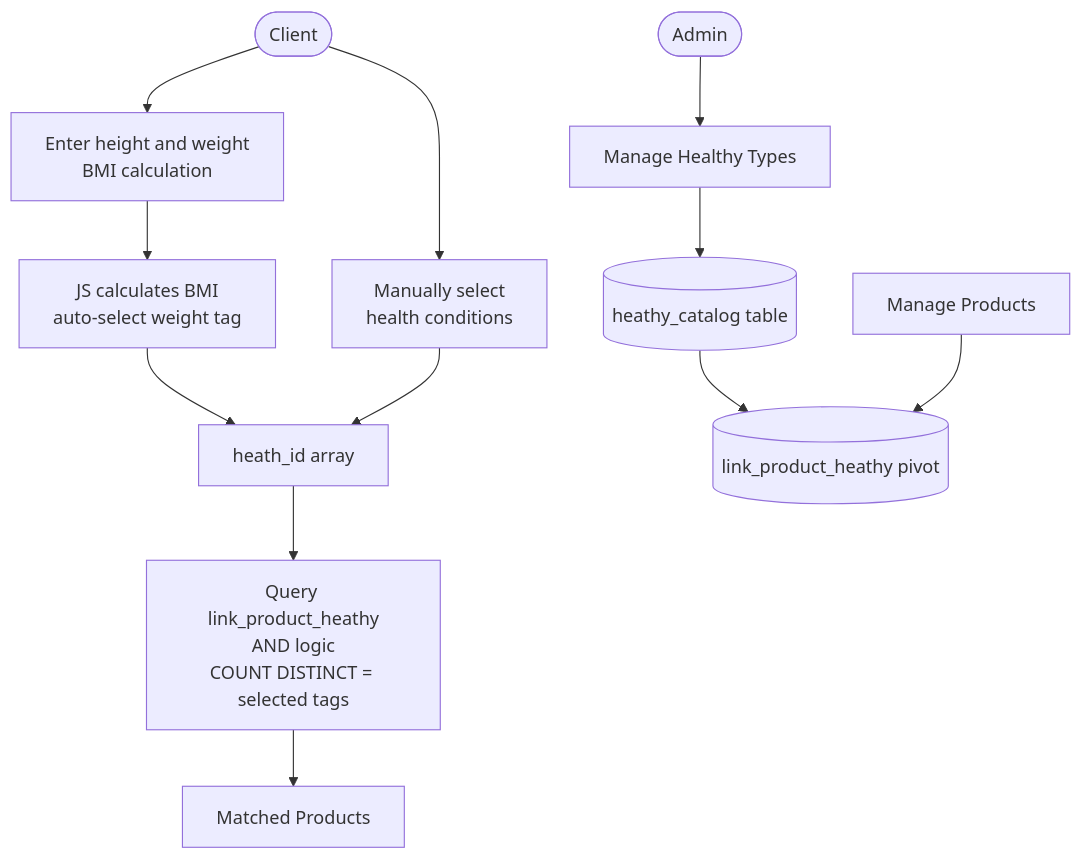
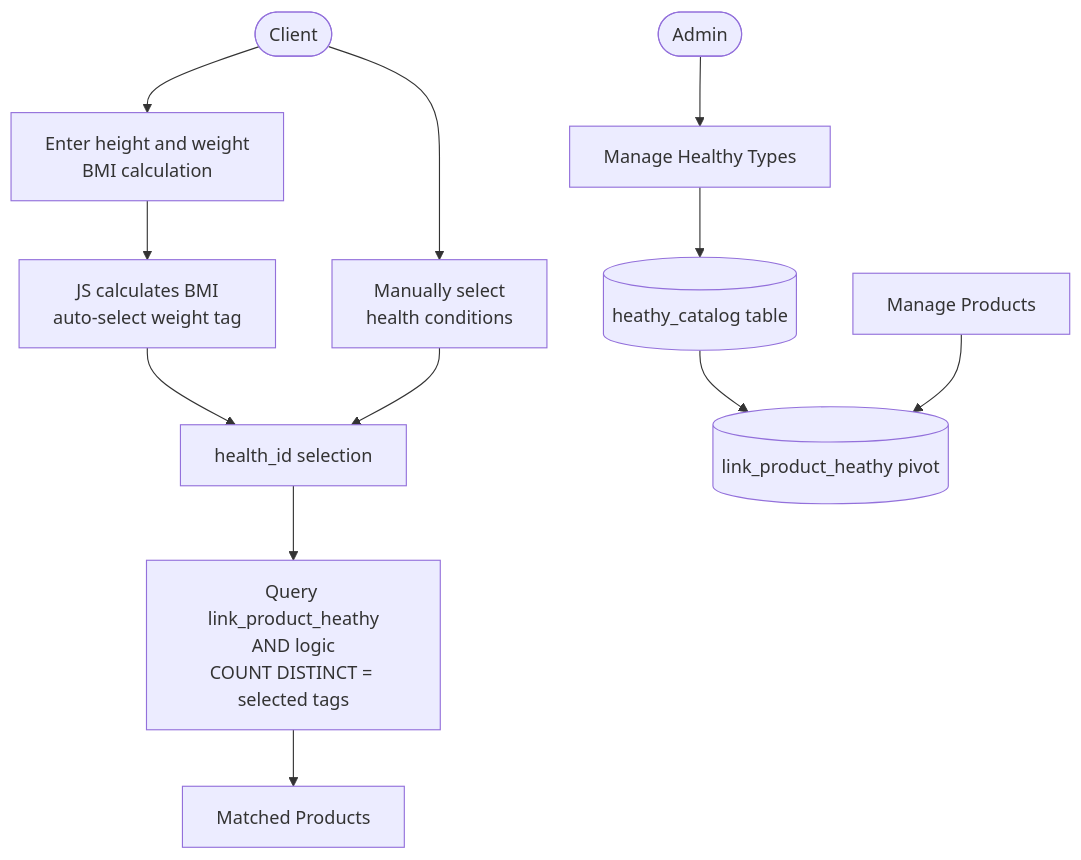
One commit to canhle1993/Bakerz-showcase changed the fifth of 8 diagrams in README.md. Above: the diagram before and after it, drawn with Mermaid. The commit also changed other lines of this file, not shown here.

````diff
--- a/README.md
+++ b/README.md
@@ -203,16 +231,16 @@
 ```mermaid
 flowchart TD
     CLIENT([Client]) --> BMI["Enter height and weight\nBMI calculation"]
     BMI --> BMI_CALC["JS calculates BMI\nauto-select weight tag"]
     CLIENT --> MANUAL["Manually select\nhealth conditions"]
-    BMI_CALC --> SELECT["heath_id array"]
+    BMI_CALC --> SELECT["health_id selection"]
     MANUAL --> SELECT
 
     SELECT --> QUERY["Query link_product_heathy\nAND logic\nCOUNT DISTINCT = selected tags"]
     QUERY --> RESULT["Matched Products"]
 
     ADMIN_H([Admin]) --> HEATHY_MGMT["Manage Healthy Types"]
     HEATHY_MGMT --> HEATHY_TABLE[("heathy_catalog table")]
     HEATHY_TABLE --> LINK[("link_product_heathy pivot")]
     PRODUCT_MGMT["Manage Products"] --> LINK
 ```
````
